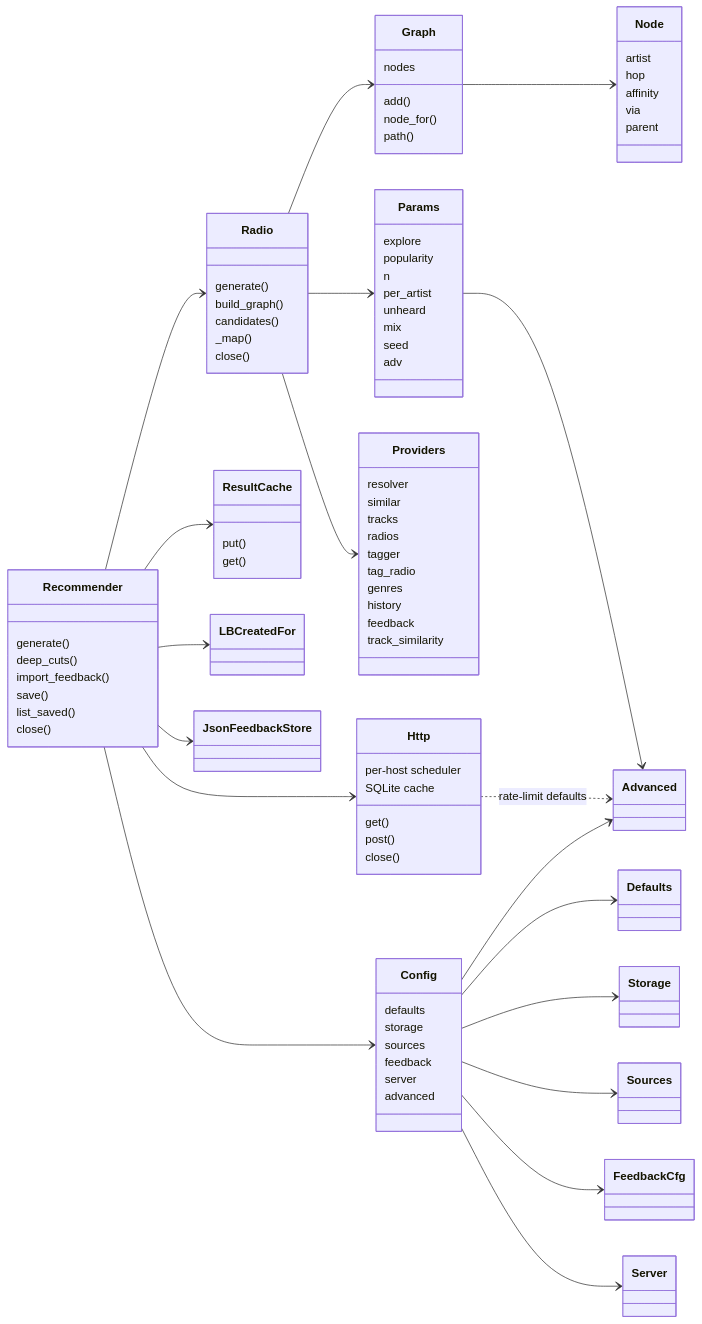
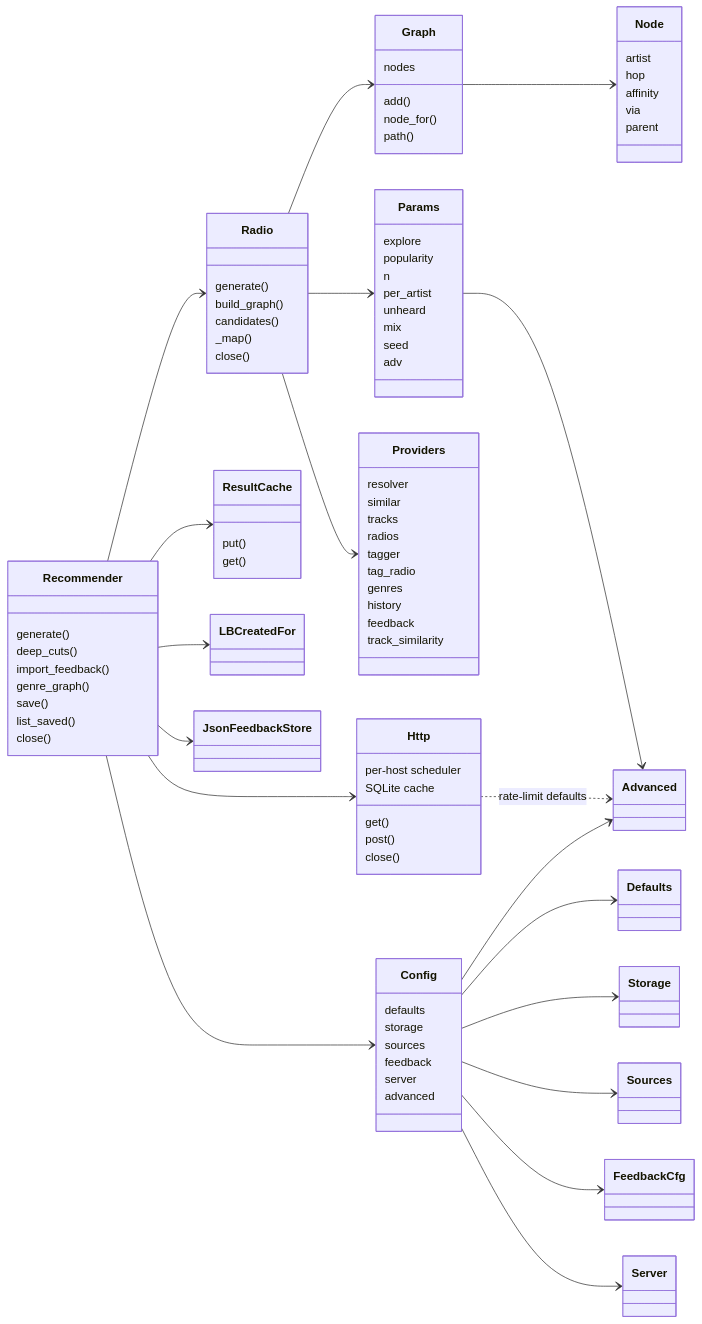
The second of 2 diagrams in docs/classes.md (Goober-nation/Post-Radio), drawn with Mermaid before and after one commit. The commit also changed other lines of this file and 23 other files, not shown here.

```diff
--- a/docs/classes.md
+++ b/docs/classes.md
@@ -187,6 +190,7 @@
         generate()
         deep_cuts()
         import_feedback()
+        genre_graph()
         save()
         list_saved()
         close()
```
